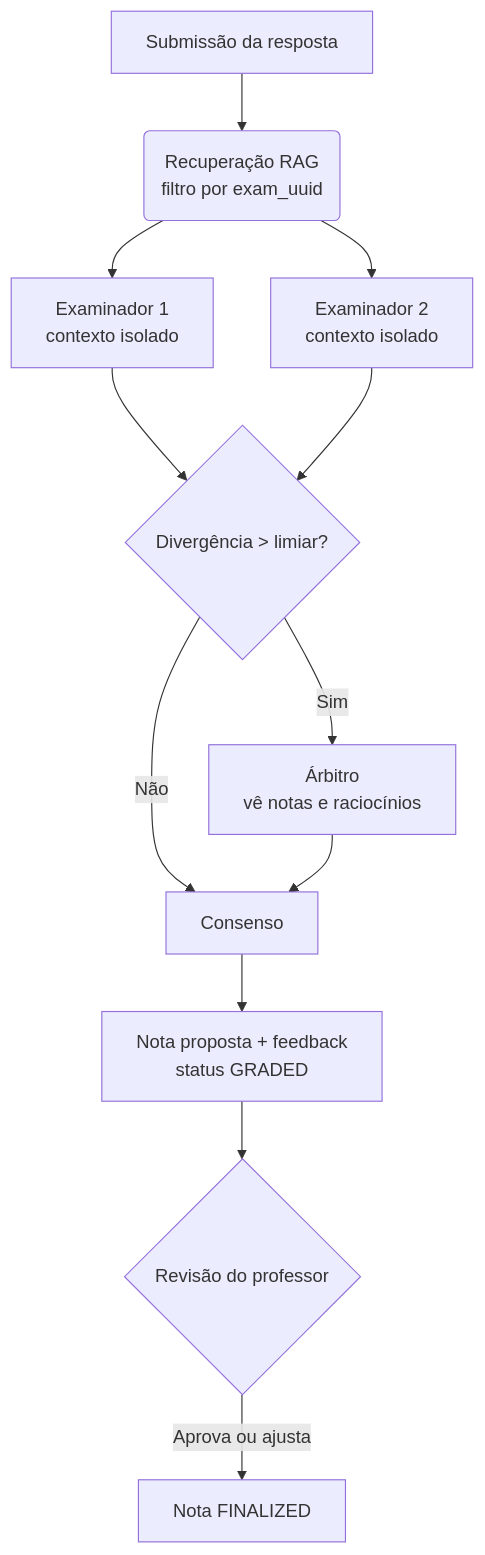
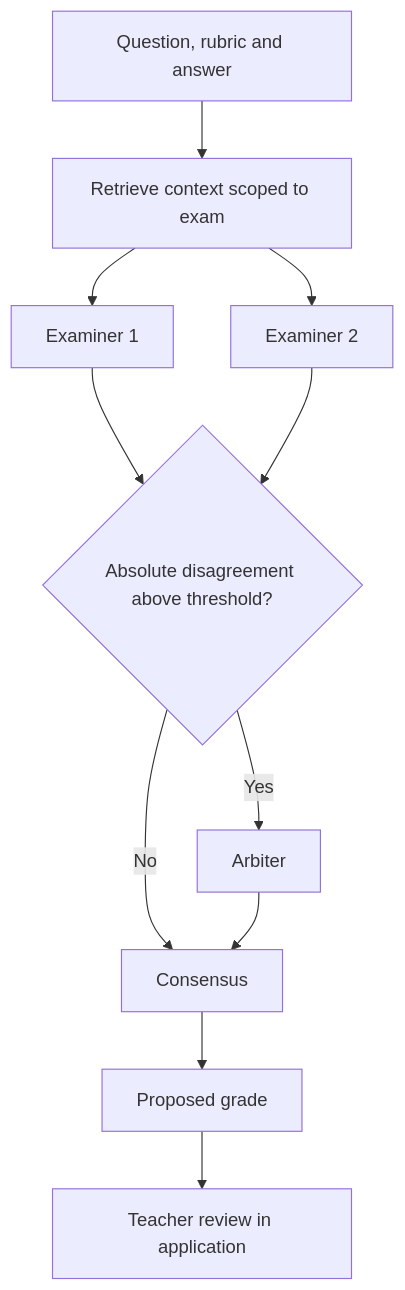
One commit to savinoo/ai-grading-system changed the diagram in README.md. Above: the diagram before and after it, drawn with Mermaid. The commit also changed other lines of this file and 80 other files, not shown here.

````diff
--- a/README.md
+++ b/README.md
@@ -54,14 +53,13 @@
 ```mermaid
-graph TD
-    A[Submissão da resposta] --> B(Recuperação RAG<br/>filtro por exam_uuid)
-    B --> C1[Examinador 1<br/>contexto isolado]
-    B --> C2[Examinador 2<br/>contexto isolado]
-    C1 --> D{Divergência > limiar?}
-    C2 --> D
-    D -->|Sim| E[Árbitro<br/>vê notas e raciocínios]
-    D -->|Não| F[Consenso]
-    E --> F
-    F --> G[Nota proposta + feedback<br/>status GRADED]
-    G --> H{Revisão do professor}
-    H -->|Aprova ou ajusta| I[Nota FINALIZED]
+flowchart TD
+    A[Question, rubric and answer] --> B[Retrieve context scoped to exam]
+    B --> C[Examiner 1]
+    B --> D[Examiner 2]
+    C --> E{Absolute disagreement above threshold?}
+    D --> E
+    E -->|Yes| F[Arbiter]
+    E -->|No| G[Consensus]
+    F --> G
+    G --> H[Proposed grade]
+    H --> I[Teacher review in application]
 ```
````
